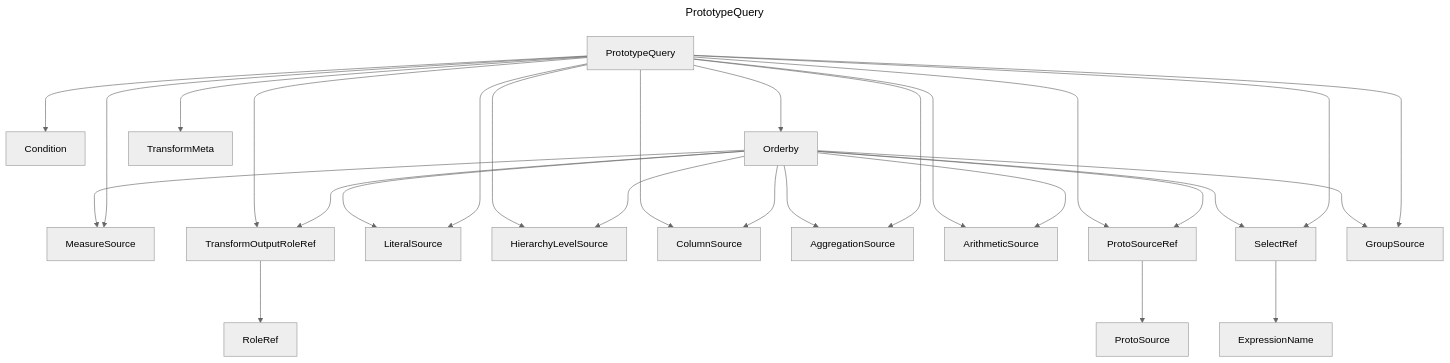
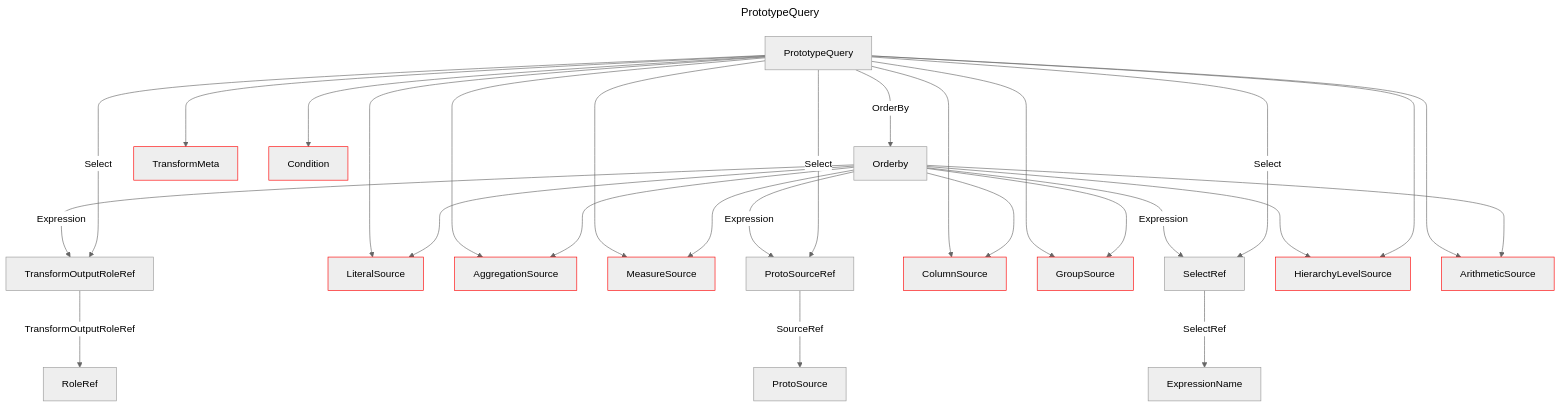
One commit to douglassimonsen/pbi_core changed the diagram in docs/docs/layout/erd/PrototypeQuery.md. Above: the diagram before and after it, drawn with Mermaid (neutral theme). The commit also changed 77 other files, not shown here.

Commit message:
Updated to color code the layout ERD

````diff
--- a/docs/docs/layout/erd/PrototypeQuery.md
+++ b/docs/docs/layout/erd/PrototypeQuery.md
@@ -1,49 +1,58 @@
 ```mermaid
 ---
 title: PrototypeQuery
 ---
 graph 
-2721642009152["MeasureSource"]
-2721642023792["ProtoSourceRef"]
-2721641845184["Condition"]
-2721642039408["ProtoSource"]
-2721642022816["LiteralSource"]
-2722076095776["Orderby"]
-2721642040384["RoleRef"]
-2721642012080["HierarchyLevelSource"]
-2721642014032["ColumnSource"]
-2722076116272["TransformMeta"]
-2721642003296["AggregationSource"]
-2721642013056["ExpressionName"]
-2721642031600["ArithmeticSource"]
-2721642016960["SelectRef"]
-2721642024768["TransformOutputRoleRef"]
-2721642035504["GroupSource"]
-2722076123104["PrototypeQuery"]
-2722076095776 ---> 2721642035504
-2722076095776 ---> 2721642003296
-2722076123104 ---> 2721642031600
-2722076123104 ---> 2721642014032
-2722076123104 ---> 2721642024768
-2722076095776 ---> 2721642022816
-2722076123104 ---> 2721642023792
-2722076095776 ---> 2721642024768
-2721642024768 ---> 2721642040384
-2722076095776 ---> 2721642009152
-2721642023792 ---> 2721642039408
-2722076123104 ---> 2721642012080
-2722076123104 ---> 2721642035504
-2722076095776 ---> 2721642016960
-2722076123104 ---> 2722076095776
-2721642016960 ---> 2721642013056
-2722076123104 ---> 2721642009152
-2722076123104 ---> 2722076116272
-2722076095776 ---> 2721642014032
-2722076095776 ---> 2721642023792
-2722076095776 ---> 2721642012080
-2722076123104 ---> 2721642022816
-2722076123104 ---> 2721642016960
-2722076095776 ---> 2721642031600
-2722076123104 ---> 2721641845184
-2722076123104 ---> 2721642003296
+2430071820688["RoleRef"]
+2430071951472["PrototypeQuery"]
+2430071814832["TransformOutputRoleRef"]
+2430071816784["LiteralSource"]
+style 2430071816784 stroke:#ff0000,stroke-width:1px
+2430071943664["Orderby"]
+2430071366800["ExpressionName"]
+2430071949520["TransformMeta"]
+style 2430071949520 stroke:#ff0000,stroke-width:1px
+2430071358016["AggregationSource"]
+style 2430071358016 stroke:#ff0000,stroke-width:1px
+2430071359968["MeasureSource"]
+style 2430071359968 stroke:#ff0000,stroke-width:1px
+2430071825568["ProtoSourceRef"]
+2430071365824["ColumnSource"]
+style 2430071365824 stroke:#ff0000,stroke-width:1px
+2430071808976["GroupSource"]
+style 2430071808976 stroke:#ff0000,stroke-width:1px
+2430071356064["SelectRef"]
+2430071819712["ProtoSource"]
+2430071882176["Condition"]
+style 2430071882176 stroke:#ff0000,stroke-width:1px
+2430071363872["HierarchyLevelSource"]
+style 2430071363872 stroke:#ff0000,stroke-width:1px
+2430071382416["ArithmeticSource"]
+style 2430071382416 stroke:#ff0000,stroke-width:1px
+2430071943664 ---> 2430071363872
+2430071951472 ---> 2430071363872
+2430071951472 ---> 2430071882176
+2430071951472 ---> 2430071816784
+2430071951472 ---> 2430071365824
+2430071825568 --->|SourceRef| 2430071819712
+2430071951472 ---> 2430071382416
+2430071814832 --->|TransformOutputRoleRef| 2430071820688
+2430071951472 ---> 2430071359968
+2430071951472 ---> 2430071358016
+2430071943664 --->|Expression| 2430071814832
+2430071943664 ---> 2430071365824
+2430071943664 --->|Expression| 2430071825568
+2430071356064 --->|SelectRef| 2430071366800
+2430071951472 --->|OrderBy| 2430071943664
+2430071951472 ---> 2430071949520
+2430071951472 --->|Select| 2430071825568
+2430071943664 ---> 2430071358016
+2430071943664 --->|Expression| 2430071356064
+2430071943664 ---> 2430071359968
+2430071951472 --->|Select| 2430071814832
+2430071951472 --->|Select| 2430071356064
+2430071951472 ---> 2430071808976
+2430071943664 ---> 2430071382416
+2430071943664 ---> 2430071808976
+2430071943664 ---> 2430071816784
 ```
````
